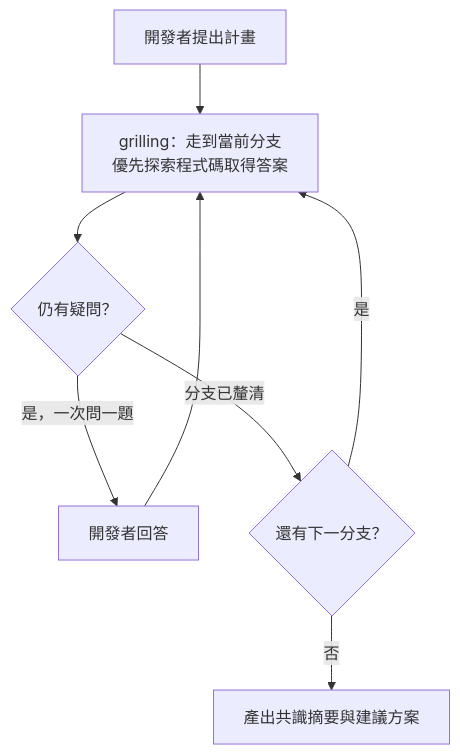
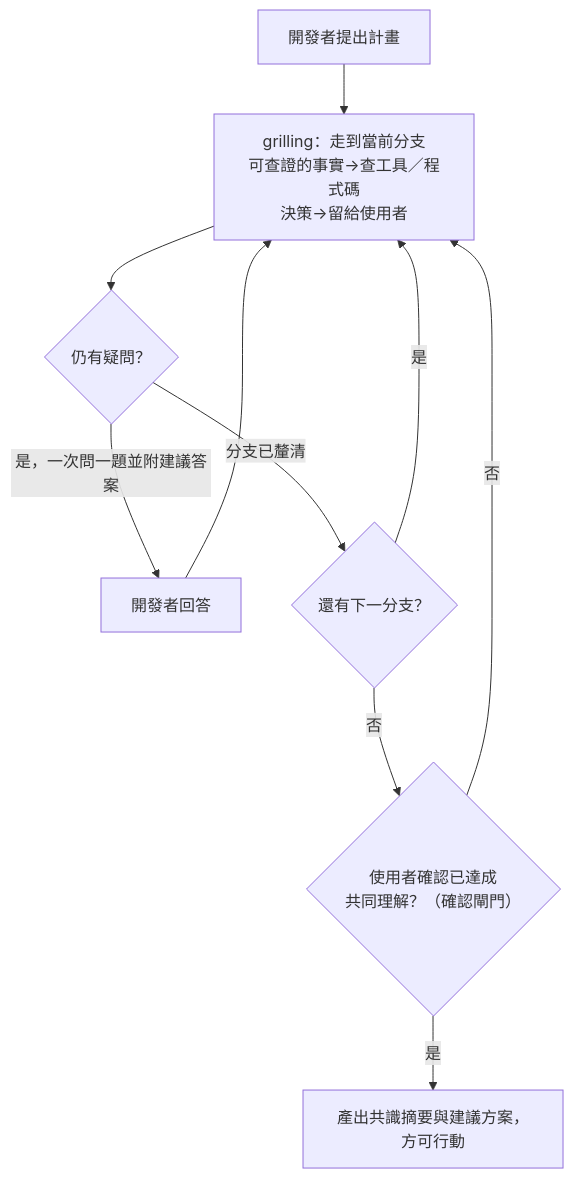
Before and after one commit to chihhung/Blog: the fifth of 15 diagrams in content/posts/教學/AI開發/mattpocock skills 教學手冊.md, drawn with Mermaid. The commit also changed other lines of this file, not shown here.

````diff
--- a/content/posts/教學/AI開發/mattpocock skills 教學手冊.md
+++ b/content/posts/教學/AI開發/mattpocock skills 教學手冊.md
@@ -868,10 +918,12 @@
 ```mermaid
 flowchart TD
-    A["開發者提出計畫"] --> B["grilling：走到當前分支<br/>優先探索程式碼取得答案"]
+    A["開發者提出計畫"] --> B["grilling：走到當前分支<br/>可查證的事實→查工具／程式碼<br/>決策→留給使用者"]
     B --> C{"仍有疑問？"}
-    C -->|"是，一次問一題"| D["開發者回答"]
+    C -->|"是，一次問一題並附建議答案"| D["開發者回答"]
     D --> B
     C -->|"分支已釐清"| E{"還有下一分支？"}
     E -->|"是"| B
-    E -->|"否"| F["產出共識摘要與建議方案"]
+    E -->|"否"| F{"使用者確認已達成<br/>共同理解？（確認閘門）"}
+    F -->|"否"| B
+    F -->|"是"| G["產出共識摘要與建議方案，方可行動"]
 ```
````
